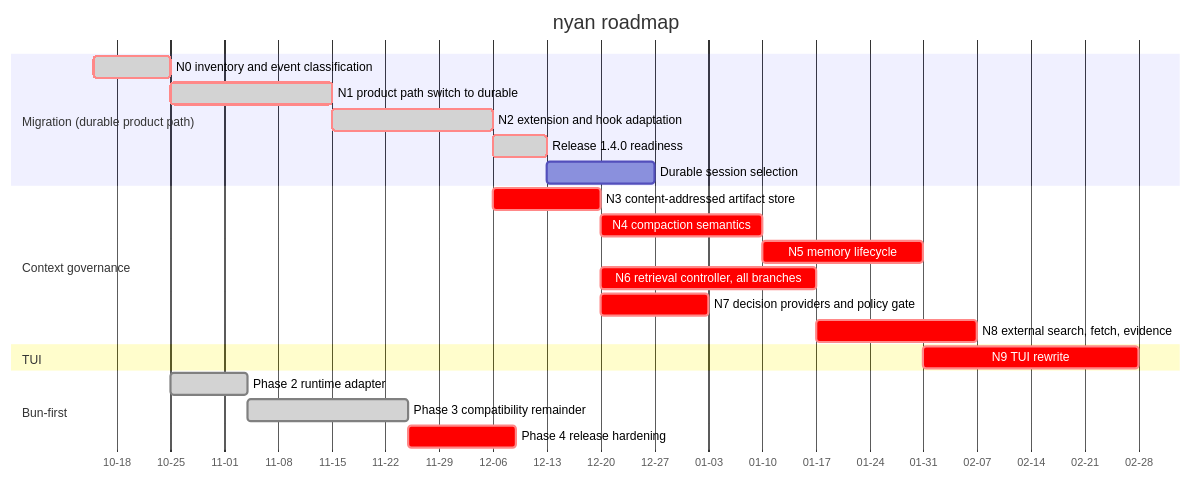
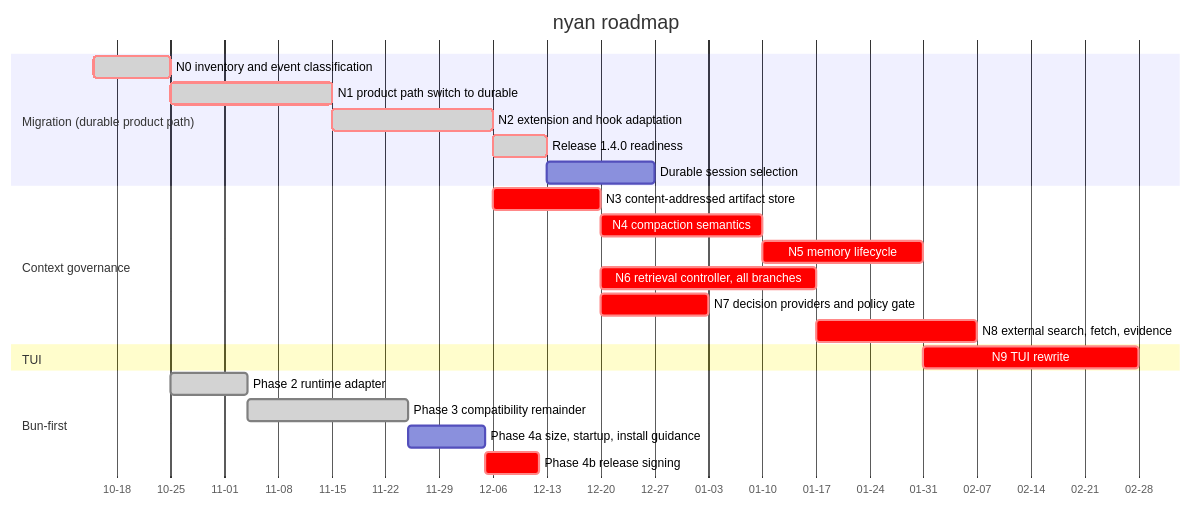
One commit to blxzer77/nyan changed the diagram in ROADMAP.md. Above: the diagram before and after it, drawn with Mermaid. The commit also changed other lines of this file and 1 other file, not shown here.

Commit message:
docs: prepare the owner decision packet, split Bun Phase 4, and answer the codemode queue questions

````diff
--- a/ROADMAP.md
+++ b/ROADMAP.md
@@ -13,29 +13,30 @@
 ```mermaid
 gantt
     title nyan roadmap
     dateFormat YYYY-MM-DD
     axisFormat %m-%d
 
     section Migration (durable product path)
     N0 inventory and event classification :done, crit, n0, 2026-10-15, 10d
     N1 product path switch to durable :done, crit, n1, after n0, 21d
     N2 extension and hook adaptation :done, crit, n2, after n1, 21d
     Release 1.4.0 readiness :done, crit, r14, after n2, 7d
     Durable session selection :n2s, after r14, 14d
 
     section Context governance
     N3 content-addressed artifact store :crit, n3, after n2, 14d
     N4 compaction semantics :crit, n4, after n3, 21d
     N5 memory lifecycle :crit, n5, after n4, 21d
     N6 retrieval controller, all branches :crit, n6, after n3, 28d
     N7 decision providers and policy gate :crit, n7, after n3, 14d
     N8 external search, fetch, evidence :crit, n8, after n6, 21d
 
     section TUI
     N9 TUI rewrite :crit, n9, after n5, 28d
 
     section Bun-first
     Phase 2 runtime adapter :done, bun2, after n0, 10d
     Phase 3 compatibility remainder :done, bun3, after bun2, 21d
-    Phase 4 release hardening :crit, bun4, after bun3, 14d
+    Phase 4a size, startup, install guidance :bun4a, after bun3, 10d
+    Phase 4b release signing :crit, bun4b, after bun4a, 7d
 ```
````
